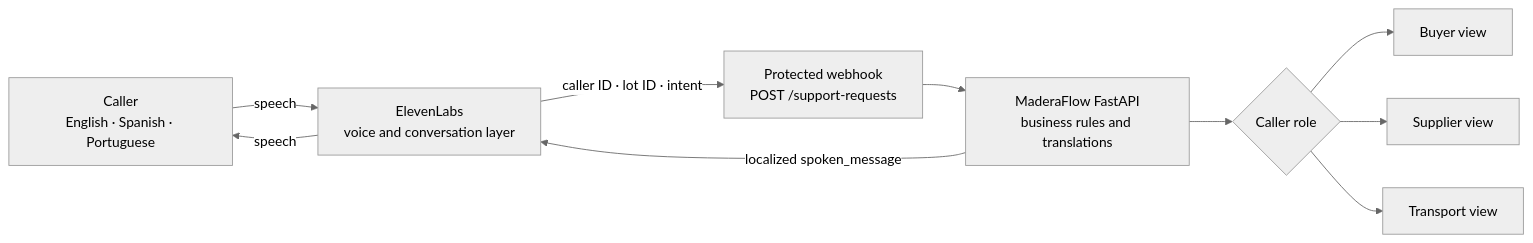
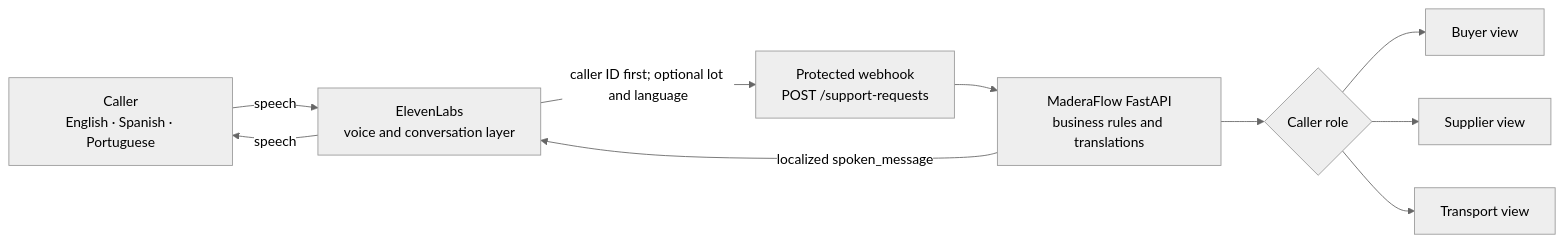
One commit to molinakpaula/OpenDesk---Voice changed the first of 2 diagrams in README.md. Above: the diagram before and after it, drawn with Mermaid (neutral theme). The commit also changed other lines of this file and 8 other files, not shown here.

Commit message:
Model caller lot assignments and transport movements

````diff
--- a/README.md
+++ b/README.md
@@ -38,21 +39,21 @@
 ```mermaid
 flowchart LR
     Caller[Caller<br/>English · Spanish · Portuguese]
     Voice[ElevenLabs<br/>voice and conversation layer]
     Tool[Protected webhook<br/>POST /support-requests]
     API[MaderaFlow FastAPI<br/>business rules and translations]
     Context{Caller role}
     Buyer[Buyer view]
     Supplier[Supplier view]
     Transport[Transport view]
 
     Caller -->|speech| Voice
-    Voice -->|caller ID · lot ID · intent| Tool
+    Voice -->|caller ID first; optional lot and language| Tool
     Tool --> API
     API --> Context
     Context --> Buyer
     Context --> Supplier
     Context --> Transport
     API -->|localized spoken_message| Voice
     Voice -->|speech| Caller
 ```
````
